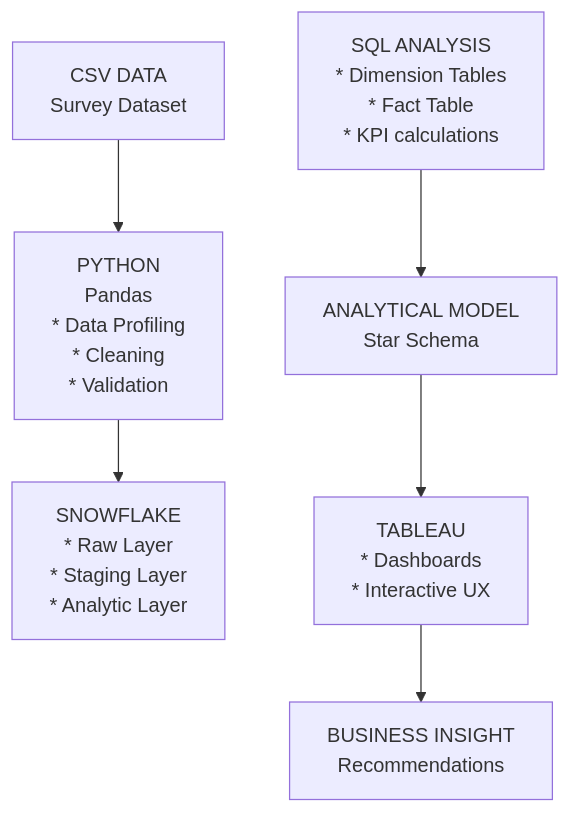
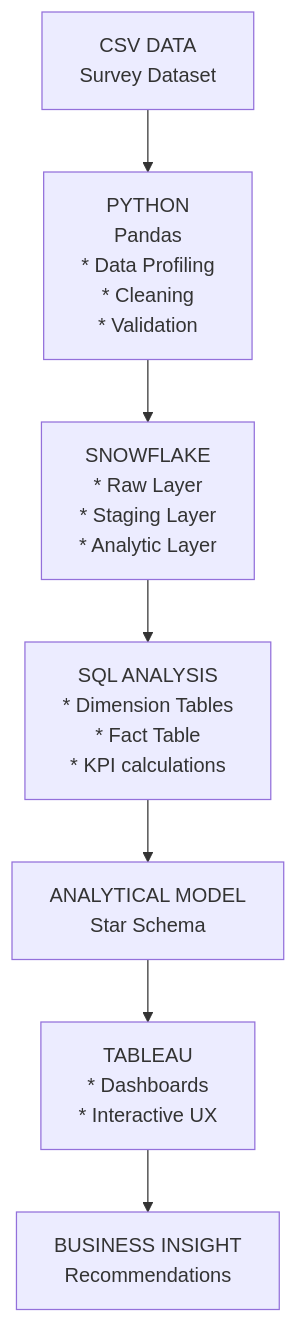
One commit to Bee1229/Post-Pandemic-Remote-Work-Employee-Well-Being-BI-Analysis- changed the diagram in README.md. Above: the diagram before and after it, drawn with Mermaid.

Commit message:
Add Snowflake to data processing flow

````diff
--- a/README.md
+++ b/README.md
@@ -30,30 +30,31 @@
 ```mermaid
 flowchart TD
     CSV["`CSV DATA
     Survey Dataset`"]
     PYTHON["`PYTHON
     Pandas
     * Data Profiling
     * Cleaning
     * Validation`"]
     SNOWFLAKE["`SNOWFLAKE
     * Raw Layer
     * Staging Layer
     * Analytic Layer`"]
     SQL["`SQL ANALYSIS
     * Dimension Tables
     * Fact Table
     * KPI calculations`"]
     ANALYTICAL["`ANALYTICAL MODEL
     Star Schema`"]
     TABLEAU["`TABLEAU
     * Dashboards
     * Interactive UX`"]
     INSIGHT["`BUSINESS INSIGHT
     Recommendations`"]
     CSV --> PYTHON;
     PYTHON --> SNOWFLAKE;
+    SNOWFLAKE --> SQL
     SQL --> ANALYTICAL;
     ANALYTICAL --> TABLEAU;
     TABLEAU --> INSIGHT
 ```
````
